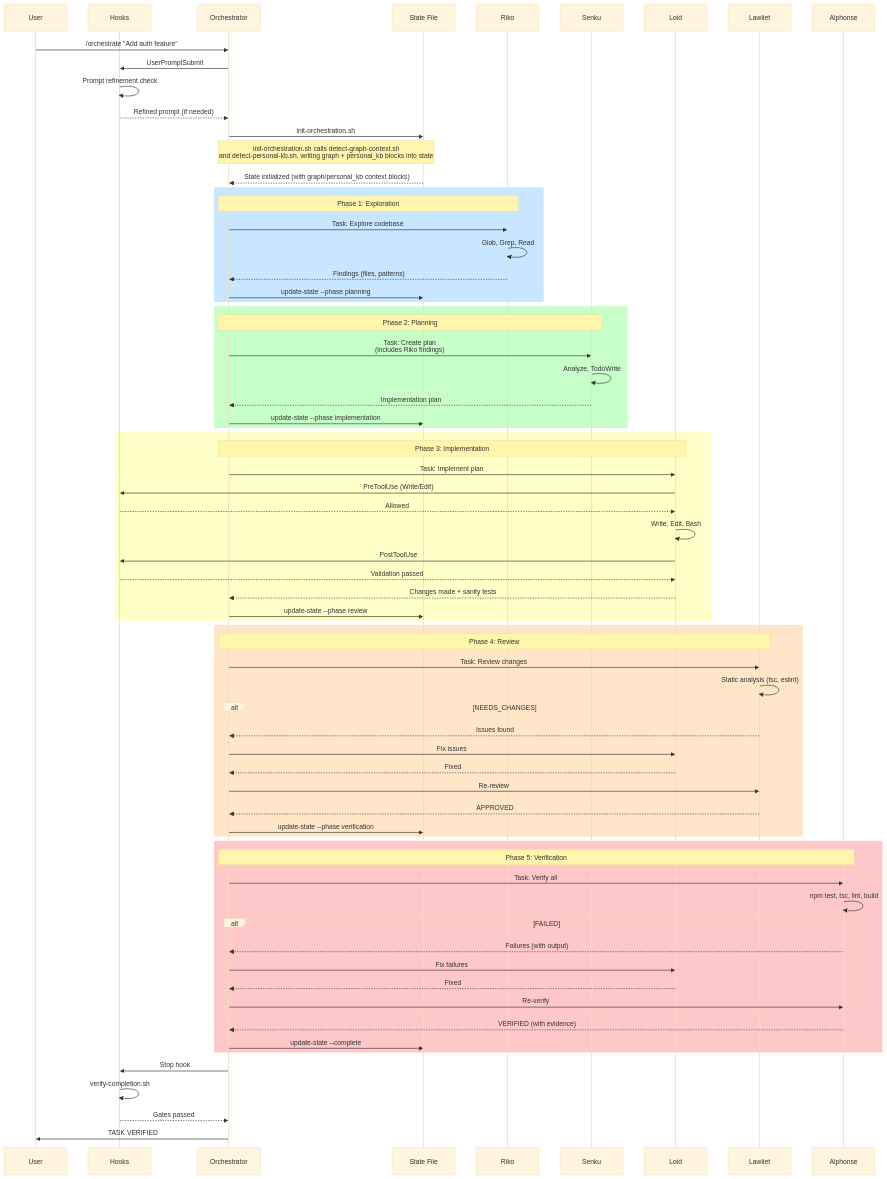
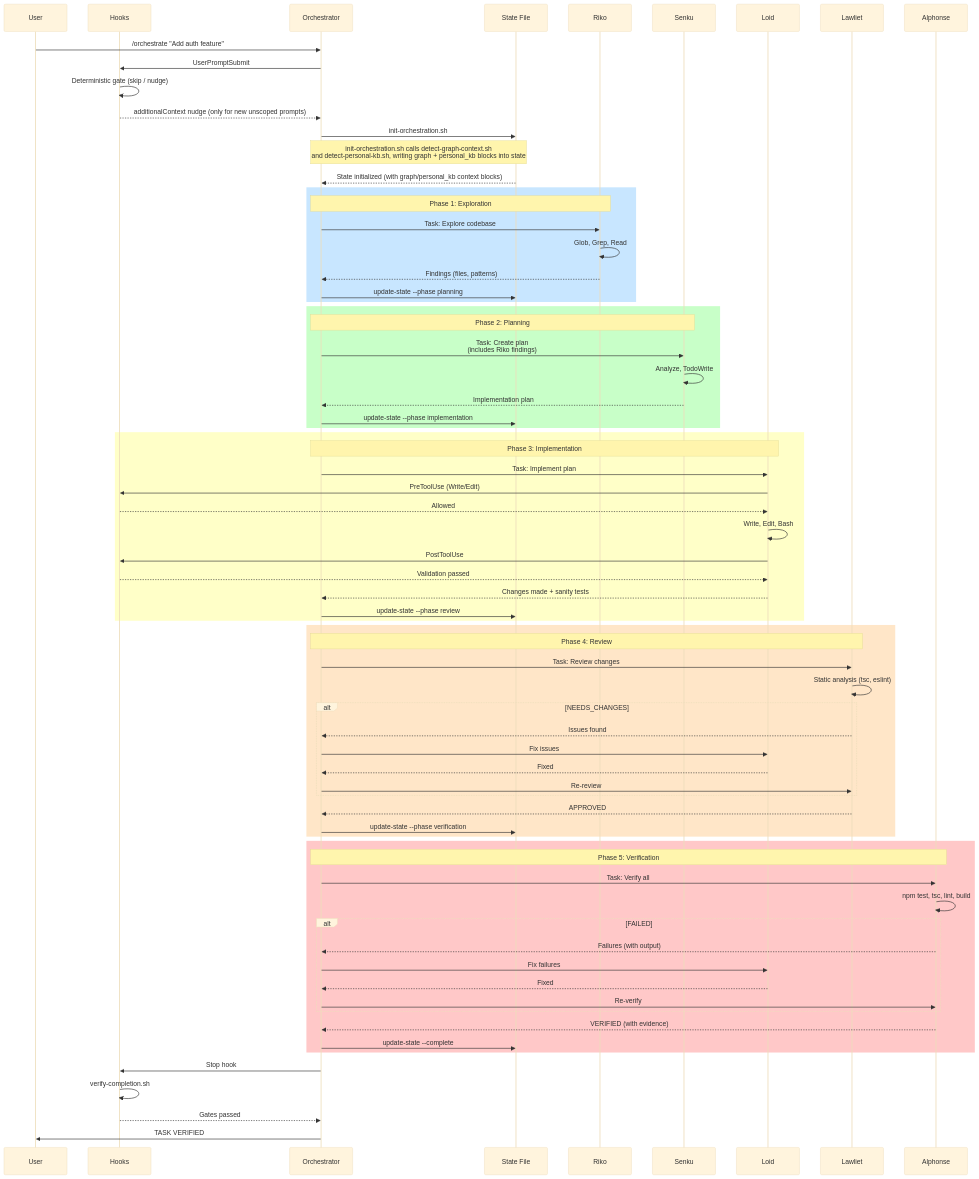
The first of 9 diagrams in docs/architecture/data-flows.md (josix/agent-flow), drawn with Mermaid (base theme) before and after one commit. The commit also changed other lines of this file and 22 other files, not shown here.

First line of the commit message:
feat: implement session-history-driven improvements (divergence cap, deterministic prompt hook, dispatch recovery, environment triage)

```diff
--- a/docs/architecture/data-flows.md
+++ b/docs/architecture/data-flows.md
@@ -21,8 +21,8 @@
     %% Initialization
     U->>O: /orchestrate "Add auth feature"
     O->>H: UserPromptSubmit
-    H->>H: Prompt refinement check
-    H-->>O: Refined prompt (if needed)
+    H->>H: Deterministic gate (skip / nudge)
+    H-->>O: additionalContext nudge (only for new unscoped prompts)
     O->>ST: init-orchestration.sh
     Note over O,ST: init-orchestration.sh calls detect-graph-context.sh<br/>and detect-personal-kb.sh, writing graph + personal_kb blocks into state
     ST-->>O: State initialized (with graph/personal_kb context blocks)
```
